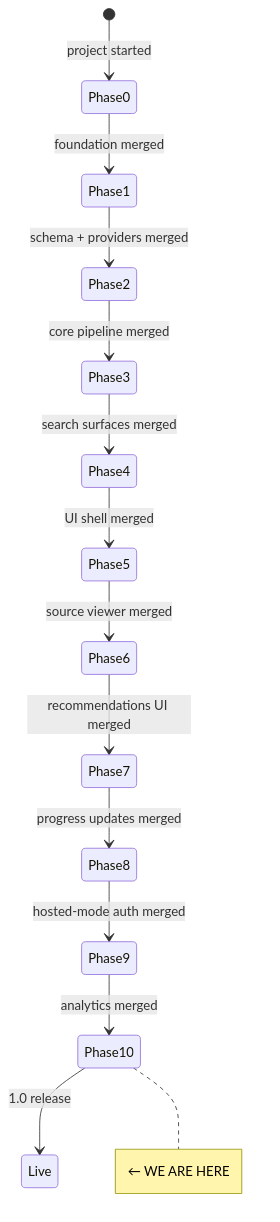
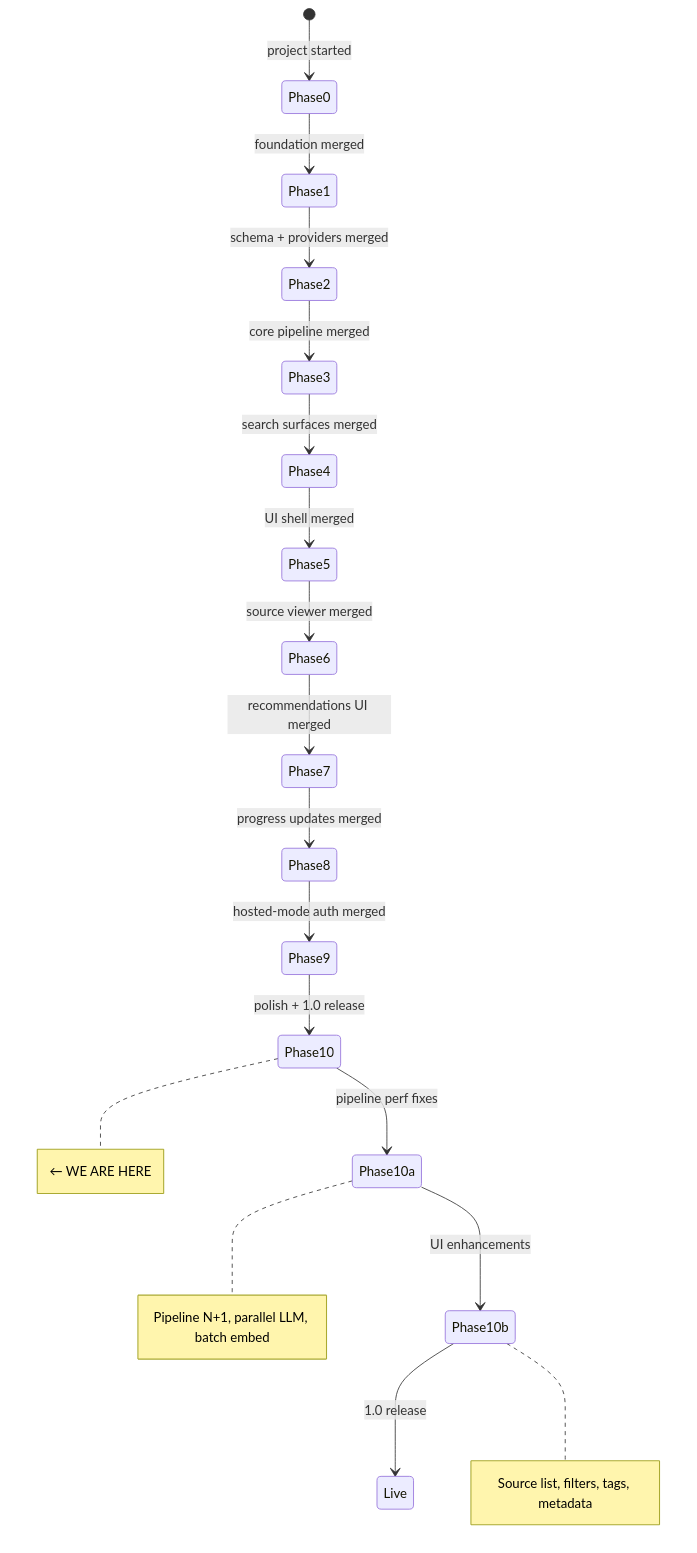
Before and after one commit to dataforaction-tom/open-recs-local: the diagram in STATE.md, drawn with Mermaid. The commit also changed other lines of this file and 2 other files, not shown here.

First line of the commit message:
docs: mark Phase 10a pipeline perf complete

````diff
--- a/STATE.md
+++ b/STATE.md
@@ -7,17 +7,21 @@
 ```mermaid
 stateDiagram-v2
     [*] --> Phase0: project started
     Phase0 --> Phase1: foundation merged
     Phase1 --> Phase2: schema + providers merged
     Phase2 --> Phase3: core pipeline merged
     Phase3 --> Phase4: search surfaces merged
     Phase4 --> Phase5: UI shell merged
     Phase5 --> Phase6: source viewer merged
     Phase6 --> Phase7: recommendations UI merged
     Phase7 --> Phase8: progress updates merged
     Phase8 --> Phase9: hosted-mode auth merged
-    Phase9 --> Phase10: analytics merged
-    Phase10 --> Live: 1.0 release
+    Phase9 --> Phase10: polish + 1.0 release
+    Phase10 --> Phase10a: pipeline perf fixes
+    Phase10a --> Phase10b: UI enhancements
+    Phase10b --> Live: 1.0 release
 
     note right of Phase10: ← WE ARE HERE
+    note right of Phase10a: Pipeline N+1, parallel LLM, batch embed
+    note right of Phase10b: Source list, filters, tags, metadata
 ```
````
